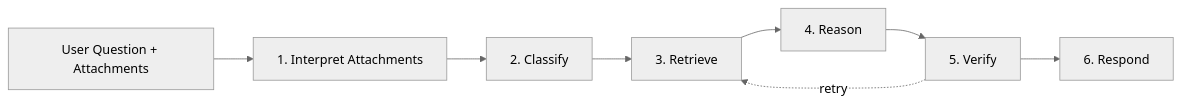
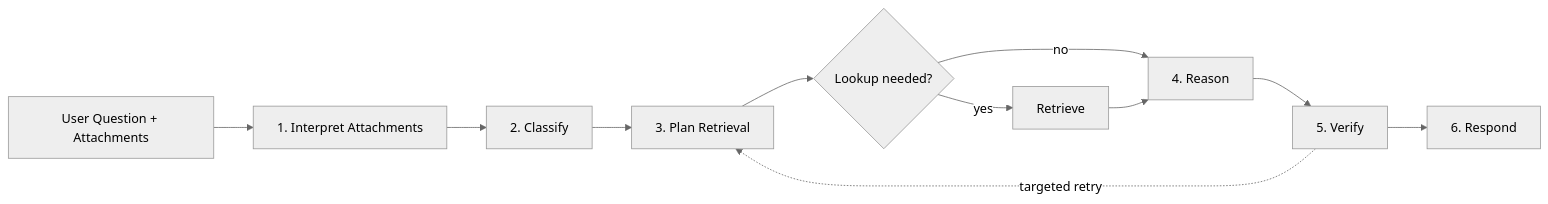
One commit to claritylabs-inc/cl-sdk changed the diagram in docs-pkg/query/pipeline.mdx. Above: the diagram before and after it, drawn with Mermaid (neutral theme). The commit also changed other lines of this file and 12 other files, not shown here.

````diff
--- a/docs-pkg/query/pipeline.mdx
+++ b/docs-pkg/query/pipeline.mdx
@@ -57,10 +57,13 @@
 ```mermaid
 flowchart LR
   Q[User Question + Attachments] --> A[1. Interpret Attachments]
   A --> C[2. Classify]
-  C --> R[3. Retrieve]
-  R --> RE[4. Reason]
+  C --> P[3. Plan Retrieval]
+  P --> N{Lookup needed?}
+  N -->|yes| R[Retrieve]
+  N -->|no| RE[4. Reason]
+  R --> RE
   RE --> V[5. Verify]
   V --> RS[6. Respond]
-  V -.->|retry| R
+  V -.->|targeted retry| P
 ```
````
